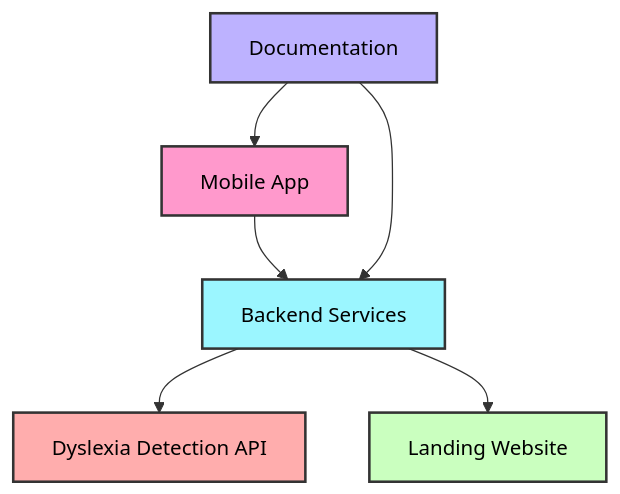
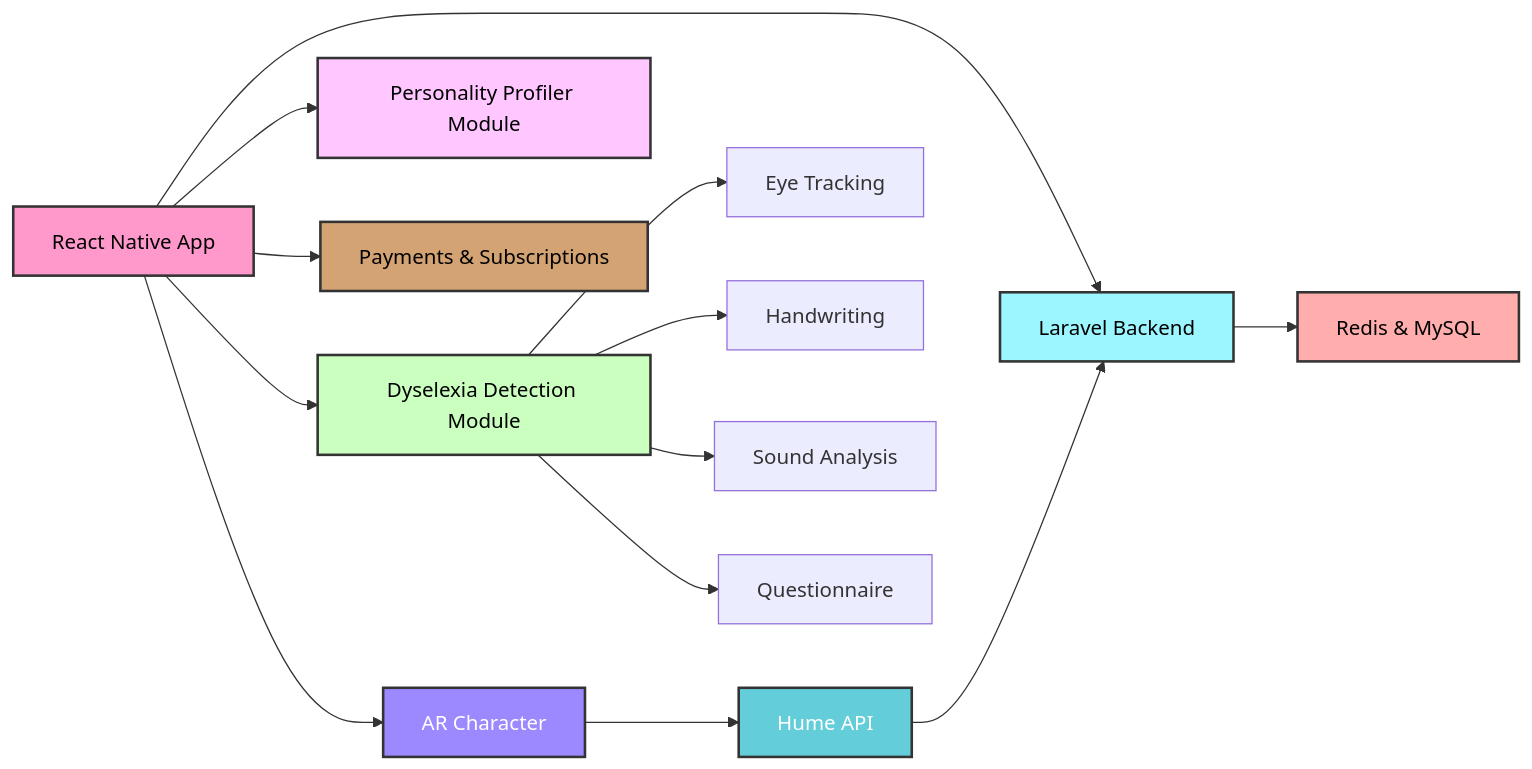
Before and after one commit to sidharthgk/edulex-copy: the diagram in README.md, drawn with Mermaid. The commit also changed other lines of this file, not shown here.

Commit message:
docs: update diagram

````diff
--- a/README.md
+++ b/README.md
@@ -32,14 +30,40 @@
 ```mermaid
-graph TD
+graph LR
+    %% Style Definitions
     style App fill:#f9c,stroke:#333,stroke-width:2px,color:#000
     style Backend fill:#9bf6ff,stroke:#333,stroke-width:2px,color:#000
-    style API fill:#ffadad,stroke:#333,stroke-width:2px,color:#000
-    style Website fill:#caffbf,stroke:#333,stroke-width:2px,color:#000
-    style Docs fill:#bdb2ff,stroke:#333,stroke-width:2px,color:#000
-    
-    App[Mobile App] --> Backend[Backend Services]
-    Backend --> API[Dyslexia Detection API]
-    Backend --> Website[Landing Website]
-    Docs[Documentation] --> Backend
-    Docs --> App
+    style RedisMySQL fill:#ffadad,stroke:#333,stroke-width:2px,color:#000
+    style DDEM fill:#caffbf,stroke:#333,stroke-width:2px,color:#000
+    style PEPM fill:#ffc6ff,stroke:#333,stroke-width:2px,color:#000
+    style PAS fill:#d4a373,stroke:#333,stroke-width:2px,color:#000
+    style ARCharacter fill:#9c88ff,stroke:#333,stroke-width:2px,color:#fff
+    style HumeAPI fill:#63cdda,stroke:#333,stroke-width:2px,color:#fff
+
+    %% Nodes
+    App[React Native App]
+    Backend[Laravel Backend]
+    RedisMySQL[Redis & MySQL]
+    DDEM[Dyselexia Detection Module]
+    PEPM[Personality Profiler Module]
+    PAS[Payments & Subscriptions]
+    ARCharacter[AR Character]
+    HumeAPI[Hume API]
+    DDEM_Eye[Eye Tracking]
+    DDEM_Hand[Handwriting]
+    DDEM_Sound[Sound Analysis]
+    DDEM_Quest[Questionnaire]
+
+    %% Connections
+    App --> Backend
+    Backend --> RedisMySQL
+    App --> DDEM
+    DDEM --> DDEM_Eye
+    DDEM --> DDEM_Hand
+    DDEM --> DDEM_Sound
+    DDEM --> DDEM_Quest
+    App --> PEPM
+    App --> PAS
+    App --> ARCharacter
+    ARCharacter --> HumeAPI
+    HumeAPI --> Backend
 ```
````
